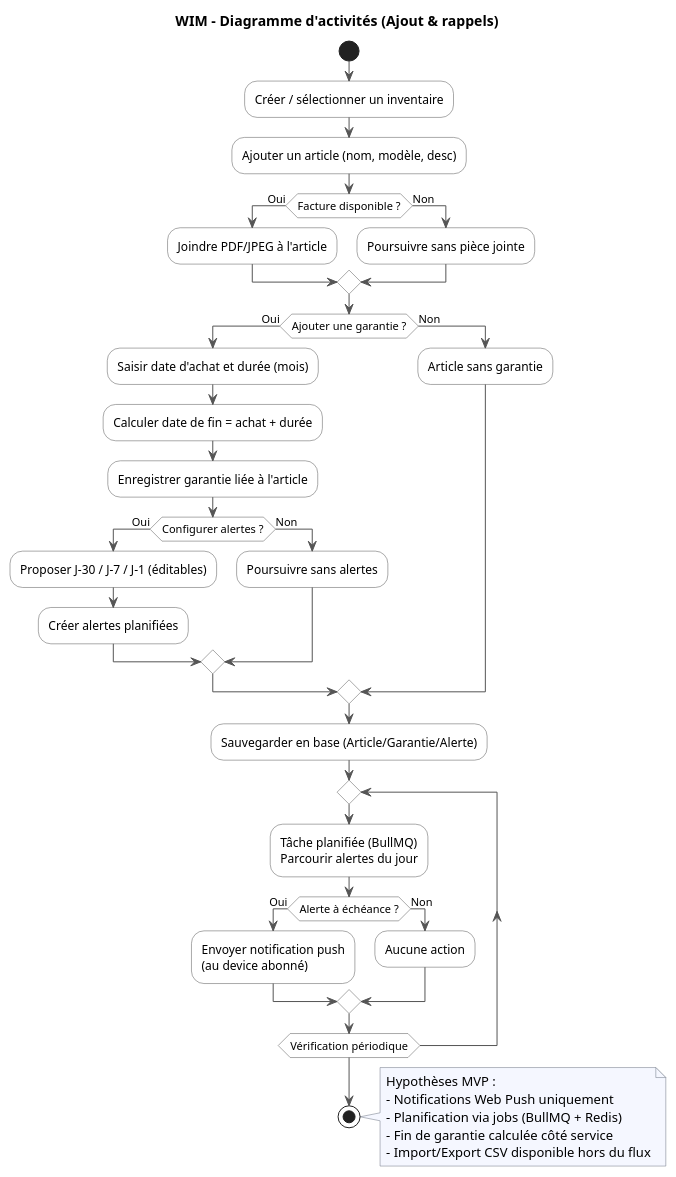
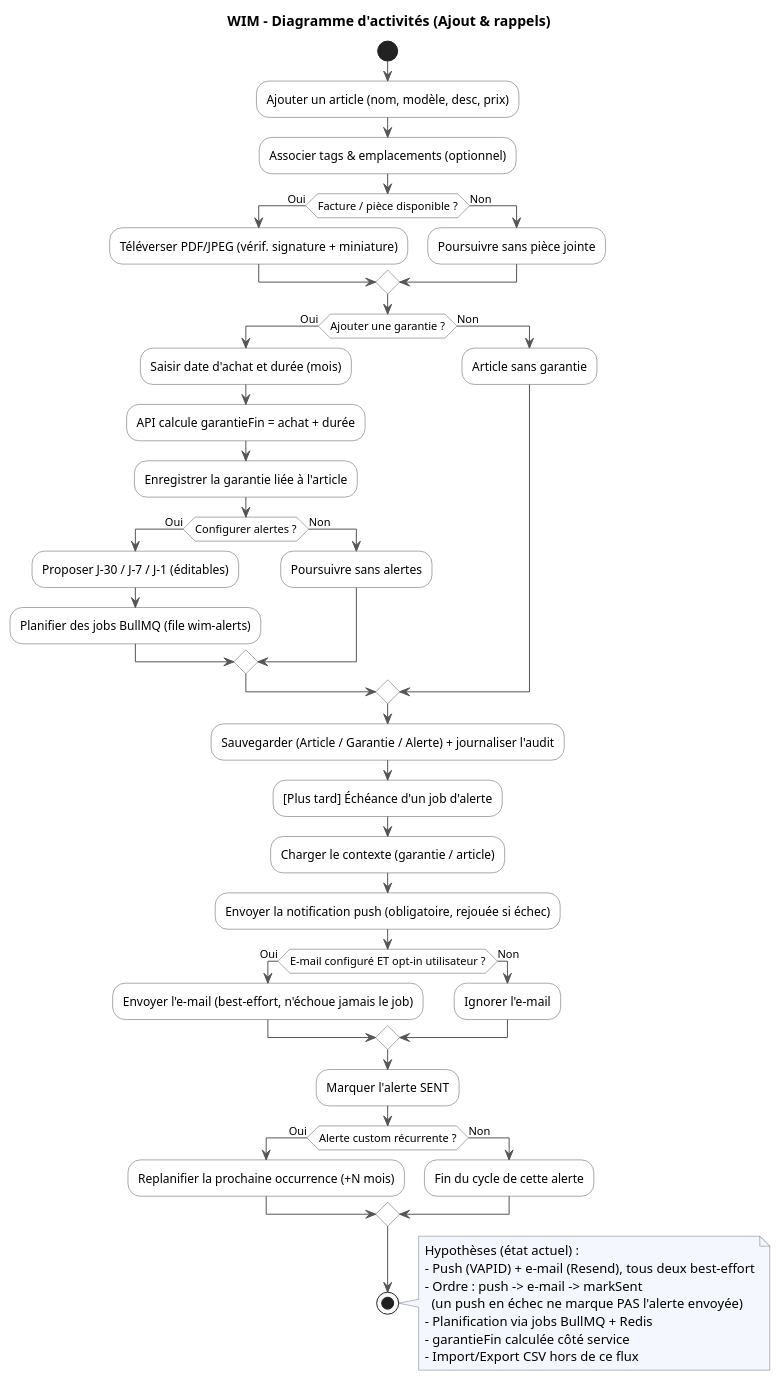
Before and after one commit to SGCSBorges/WIM: the diagram in docs/uml/02-activity-core-flows.puml, drawn with PlantUML. The commit also changed 7 other files, not shown here.

First line of the commit message:
docs(uml): update stale diagrams to current system + add sharing/deploy/alert

```diff
--- a/docs/uml/02-activity-core-flows.puml
+++ b/docs/uml/02-activity-core-flows.puml
@@ -1,57 +1,65 @@
 @startuml
 title WIM – Diagramme d'activités (Ajout & rappels)
 
 skinparam activity {
   BackgroundColor #ffffff
   BorderColor #555
   ArrowColor #555
 }
 skinparam noteBackgroundColor #F5F7FF
 skinparam noteBorderColor #6B7280
 
 start
 
-:Créer / sélectionner un inventaire;
-:Ajouter un article (nom, modèle, desc);
-if (Facture disponible ?) then (Oui)
-  :Joindre PDF/JPEG à l'article;
+:Ajouter un article (nom, modèle, desc, prix);
+:Associer tags & emplacements (optionnel);
+if (Facture / pièce disponible ?) then (Oui)
+  :Téléverser PDF/JPEG (vérif. signature + miniature);
 else (Non)
   :Poursuivre sans pièce jointe;
 endif
 
 if (Ajouter une garantie ?) then (Oui)
   :Saisir date d'achat et durée (mois);
-  :Calculer date de fin = achat + durée;
-  :Enregistrer garantie liée à l'article;
+  :API calcule garantieFin = achat + durée;
+  :Enregistrer la garantie liée à l'article;
   if (Configurer alertes ?) then (Oui)
     :Proposer J-30 / J-7 / J-1 (éditables);
-    :Créer alertes planifiées;
+    :Planifier des jobs BullMQ (file wim-alerts);
   else (Non)
     :Poursuivre sans alertes;
   endif
 else (Non)
   :Article sans garantie;
 endif
 
-:Sauvegarder en base (Article/Garantie/Alerte);
+:Sauvegarder (Article / Garantie / Alerte) + journaliser l'audit;
 
-' Boucle de contrôle des alertes (scheduler)
-repeat
-  :Tâche planifiée (BullMQ)\nParcourir alertes du jour;
-  if (Alerte à échéance ?) then (Oui)
-    :Envoyer notification push\n(au device abonné);
-  else (Non)
-    :Aucune action;
-  endif
-repeat while (Vérification périodique)
+' Déclenchement asynchrone d'un rappel planifié
+:[Plus tard] Échéance d'un job d'alerte;
+:Charger le contexte (garantie / article);
+:Envoyer la notification push (obligatoire, rejouée si échec);
+if (E-mail configuré ET opt-in utilisateur ?) then (Oui)
+  :Envoyer l'e-mail (best-effort, n'échoue jamais le job);
+else (Non)
+  :Ignorer l'e-mail;
+endif
+:Marquer l'alerte SENT;
+if (Alerte custom récurrente ?) then (Oui)
+  :Replanifier la prochaine occurrence (+N mois);
+else (Non)
+  :Fin du cycle de cette alerte;
+endif
 
 stop
 
 note right
-Hypothèses MVP :
-- Notifications Web Push uniquement
-- Planification via jobs (BullMQ + Redis)
-- Fin de garantie calculée côté service
-- Import/Export CSV disponible hors du flux
+Hypothèses (état actuel) :
+- Push (VAPID) + e-mail (Resend), tous deux best-effort
+- Ordre : push -> e-mail -> markSent
+  (un push en échec ne marque PAS l'alerte envoyée)
+- Planification via jobs BullMQ + Redis
+- garantieFin calculée côté service
+- Import/Export CSV hors de ce flux
 end note
 @enduml
```
